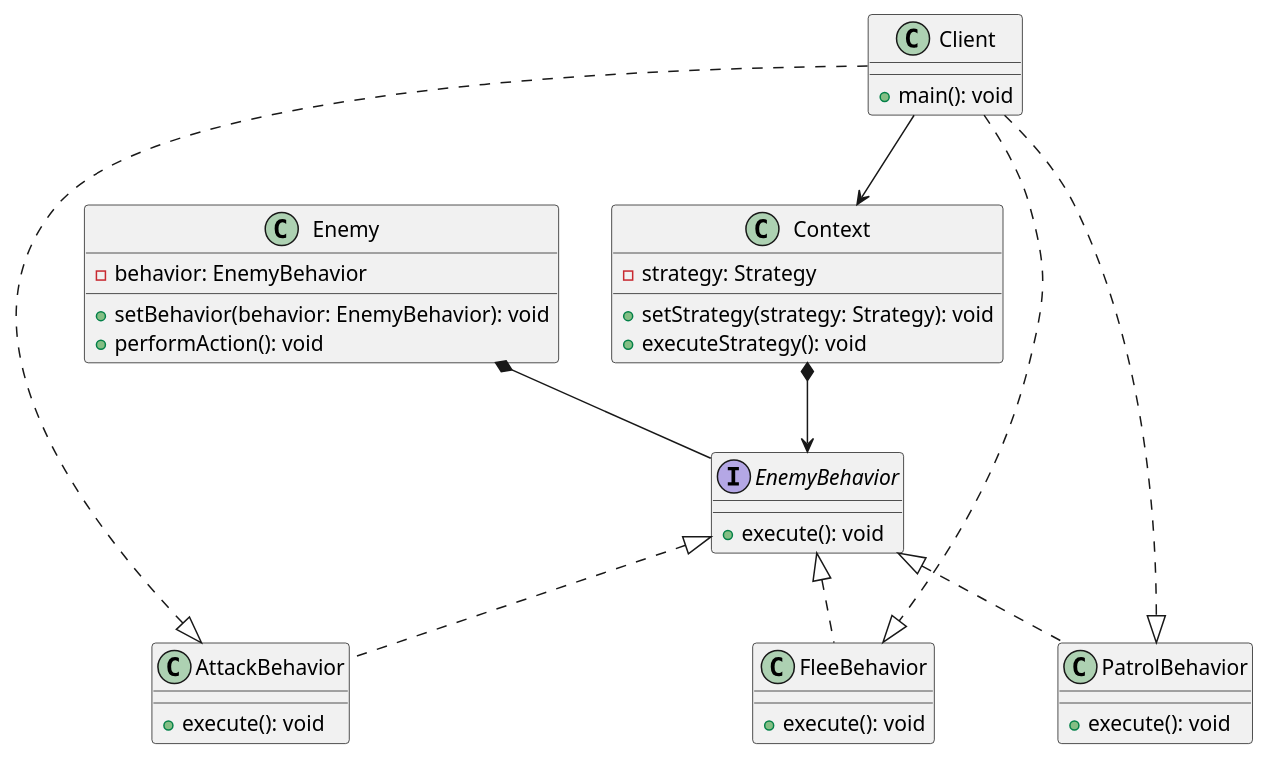
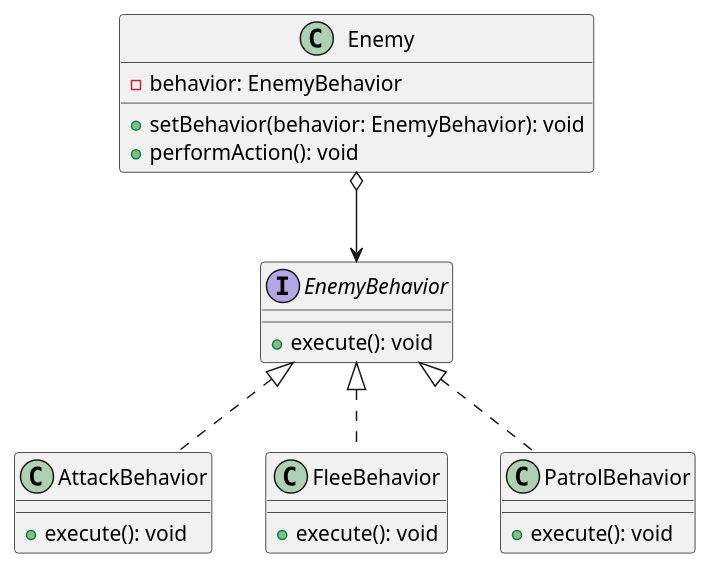
One commit to project-survivor/documentation changed the diagram in UML/Strategy/enemy.strategy.plantuml. Above: the diagram before and after it, drawn with PlantUML. The commit also changed 11 other files, not shown here.

```diff
--- a/UML/Strategy/enemy.strategy.plantuml
+++ b/UML/Strategy/enemy.strategy.plantuml
@@ -1,43 +1,28 @@
 @startuml
 hide footbox
-
-class Client {
-    +main(): void
-}
-
-class Context {
-    -strategy: Strategy
-    +setStrategy(strategy: Strategy): void
-    +executeStrategy(): void
-}
 
 interface EnemyBehavior {
     +execute(): void
 }
 
 class AttackBehavior implements EnemyBehavior {
     +execute(): void
 }
 
 class FleeBehavior implements EnemyBehavior {
     +execute(): void
 }
 
 class PatrolBehavior implements EnemyBehavior {
     +execute(): void
 }
 
 class Enemy {
     -behavior: EnemyBehavior
     +setBehavior(behavior: EnemyBehavior): void
     +performAction(): void
 }
 
-Client --> Context
-Client ..|> FleeBehavior
-Client ..|> PatrolBehavior
-Client ..|> AttackBehavior
-Context *--> EnemyBehavior
-Enemy *-- EnemyBehavior
+Enemy o--> EnemyBehavior
 
 @enduml
```
